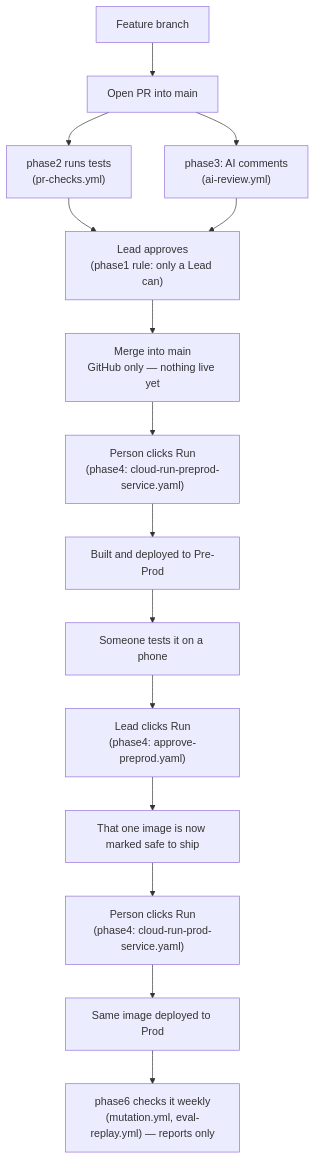
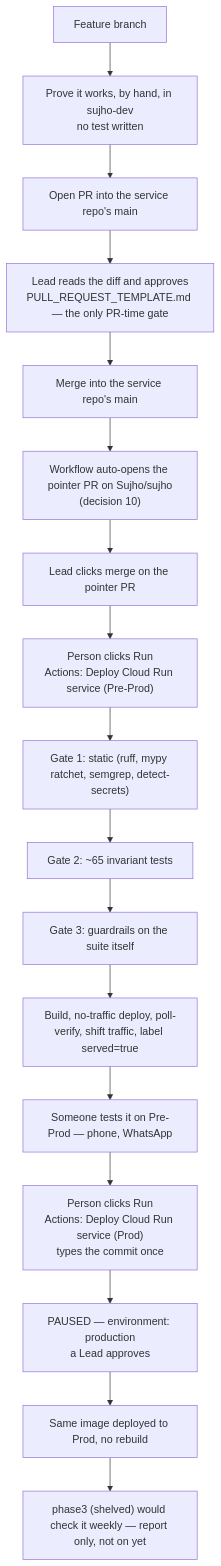
Before and after one commit to Prince-sujho/DevOps: the diagram in docs/sujho-github-workflow-plan-full.md, drawn with Mermaid. The commit also changed other lines of this file and 118 other files, not shown here.

Commit message:
Fix Cloud Build recipes to actually fetch the base repo, correct detect-secrets/baseline paths, wire PR template and dependabot into the push list

````diff
--- a/docs/sujho-github-workflow-plan-full.md
+++ b/docs/sujho-github-workflow-plan-full.md
@@ -33,17 +78,19 @@
 ```mermaid
 flowchart TD
-    A[Feature branch] --> B[Open PR into main]
-    B --> C["phase2 runs tests<br/>(pr-checks.yml)"]
-    B --> D["phase3: AI comments<br/>(ai-review.yml)"]
-    C --> E["Lead approves<br/>(phase1 rule: only a Lead can)"]
-    D --> E
-    E --> F[Merge into main<br/>GitHub only — nothing live yet]
-    F --> G["Person clicks Run<br/>(phase4: cloud-run-preprod-service.yaml)"]
-    G --> H[Built and deployed to Pre-Prod]
-    H --> I[Someone tests it on a phone]
-    I --> J["Lead clicks Run<br/>(phase4: approve-preprod.yaml)"]
-    J --> K[That one image is now marked safe to ship]
-    K --> L["Person clicks Run<br/>(phase4: cloud-run-prod-service.yaml)"]
-    L --> M[Same image deployed to Prod]
-    M --> N["phase6 checks it weekly<br/>(mutation.yml, eval-replay.yml) — reports only"]
+    A[Feature branch] --> B["Prove it works, by hand, in sujho-dev<br/>no test written"]
+    B --> C[Open PR into the service repo's main]
+    C --> D["Lead reads the diff and approves<br/>PULL_REQUEST_TEMPLATE.md — the only PR-time gate"]
+    D --> E[Merge into the service repo's main]
+    E --> F["Workflow auto-opens the pointer PR on Sujho/sujho<br/>(decision 10)"]
+    F --> G[Lead clicks merge on the pointer PR]
+    G --> H["Person clicks Run<br/>Actions: Deploy Cloud Run service (Pre-Prod)"]
+    H --> I["Gate 1: static (ruff, mypy ratchet, semgrep, detect-secrets)"]
+    I --> J["Gate 2: ~65 invariant tests"]
+    J --> K["Gate 3: guardrails on the suite itself"]
+    K --> L[Build, no-traffic deploy, poll-verify, shift traffic, label served=true]
+    L --> M[Someone tests it on Pre-Prod — phone, WhatsApp]
+    M --> N["Person clicks Run<br/>Actions: Deploy Cloud Run service (Prod)<br/>types the commit once"]
+    N --> O["PAUSED — environment: production<br/>a Lead approves"]
+    O --> P[Same image deployed to Prod, no rebuild]
+    P --> Q["phase3 (shelved) would check it weekly — report only, not on yet"]
 ```
````
